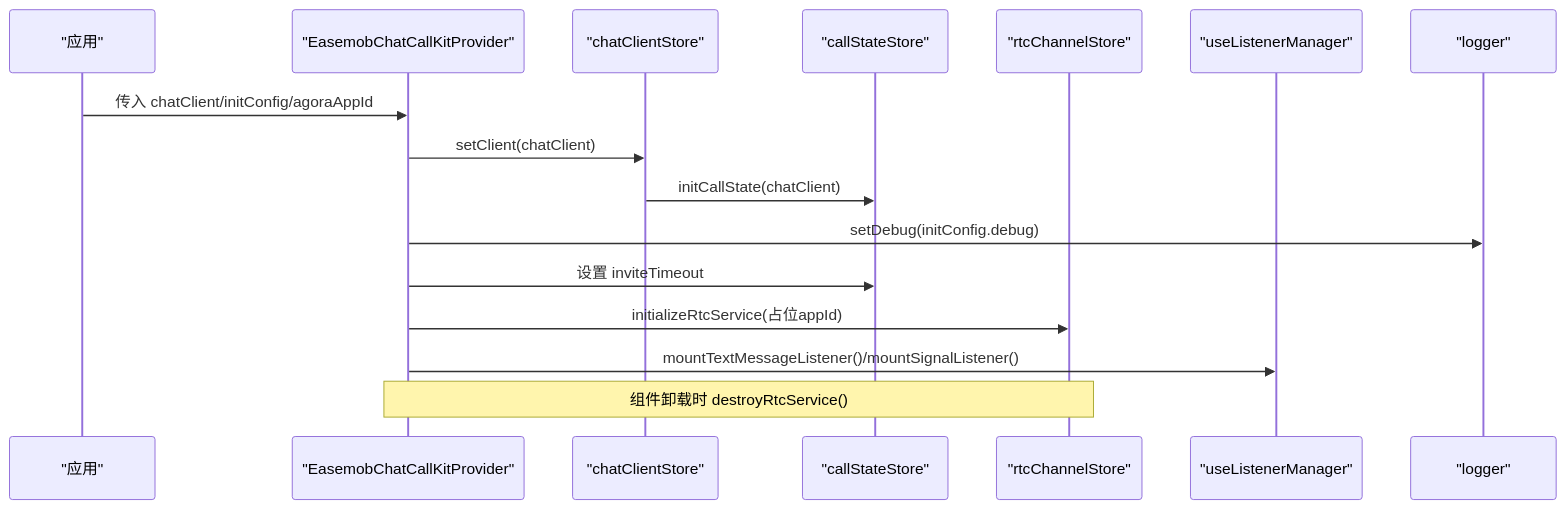
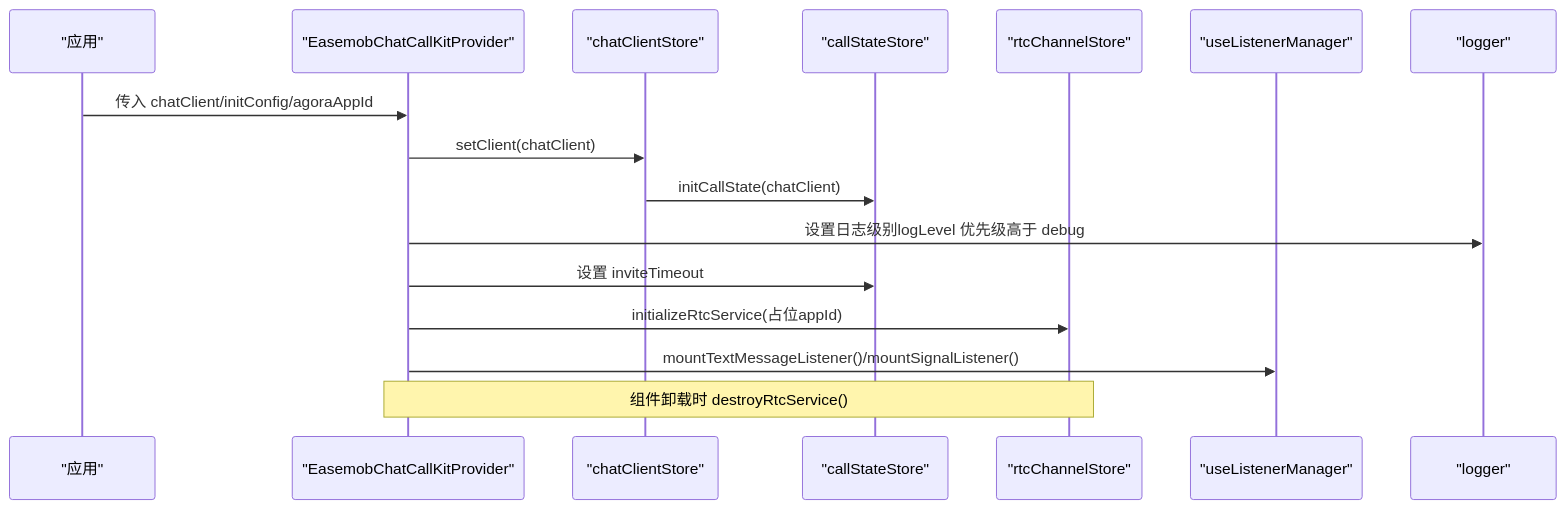
One commit to Easemob-Community/easemob-uikit-callkit-vue3 changed the second of 5 diagrams in .qoder/repowiki/zh/content/核心组件/Provider 组件.md. Above: the diagram before and after it, drawn with Mermaid. The commit also changed other lines of this file and 40 other files, not shown here.

````diff
--- a/.qoder/repowiki/zh/content/核心组件/Provider 组件.md
+++ b/.qoder/repowiki/zh/content/核心组件/Provider 组件.md
@@ -113,18 +123,18 @@
 ```mermaid
 sequenceDiagram
 participant App as "应用"
 participant Provider as "EasemobChatCallKitProvider"
 participant ChatStore as "chatClientStore"
 participant CallState as "callStateStore"
 participant RtcStore as "rtcChannelStore"
 participant Listener as "useListenerManager"
 participant Logger as "logger"
 App->>Provider : 传入 chatClient/initConfig/agoraAppId
 Provider->>ChatStore : setClient(chatClient)
 ChatStore->>CallState : initCallState(chatClient)
-Provider->>Logger : setDebug(initConfig.debug)
+Provider->>Logger : 设置日志级别logLevel 优先级高于 debug
 Provider->>CallState : 设置 inviteTimeout
 Provider->>RtcStore : initializeRtcService(占位appId)
 Provider->>Listener : mountTextMessageListener()/mountSignalListener()
 Note over Provider,RtcStore : 组件卸载时 destroyRtcService()
 ```
````
